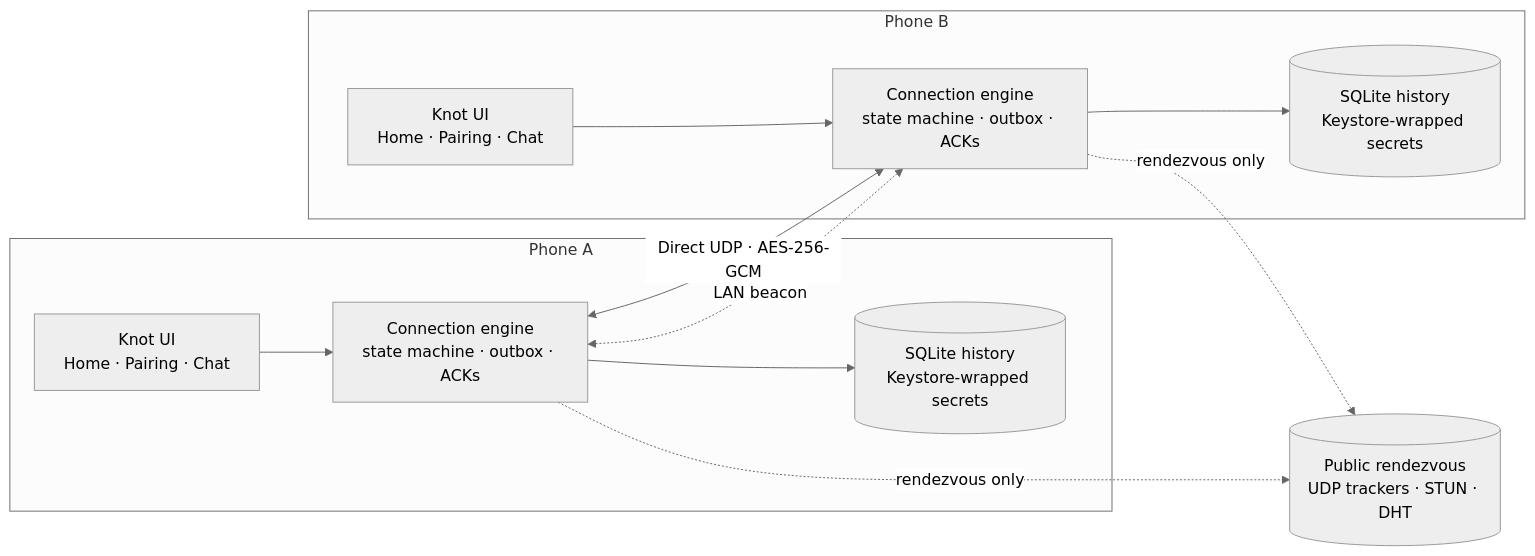
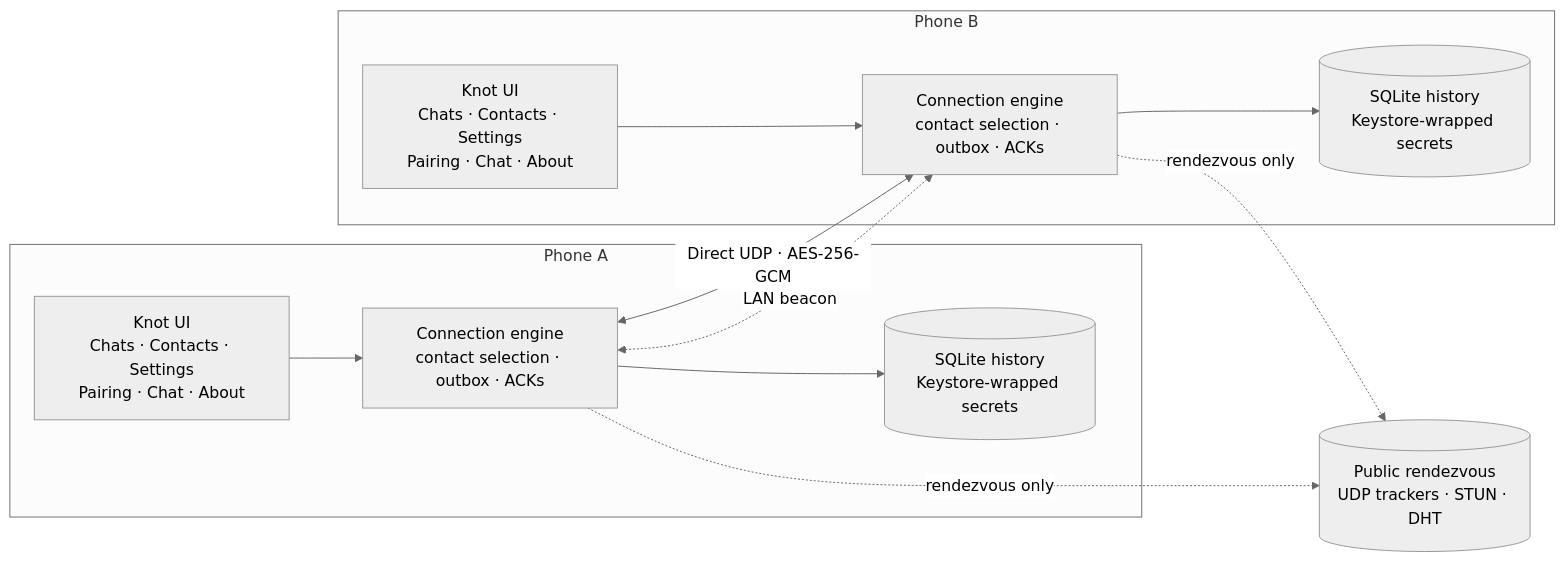
One commit to farokh-ra/KNOT changed the diagram in README.md. Above: the diagram before and after it, drawn with Mermaid (neutral theme). The commit also changed other lines of this file and 78 other files, not shown here.

First line of the commit message:
feat: add tabbed contacts, themes, and per-chat notifications

````diff
--- a/README.md
+++ b/README.md
@@ -171,23 +176,23 @@
 ```mermaid
 flowchart LR
     subgraph A["Phone A"]
-        AUI["Knot UI<br/>Home · Pairing · Chat"]
-        AENG["Connection engine<br/>state machine · outbox · ACKs"]
+        AUI["Knot UI<br/>Chats · Contacts · Settings<br/>Pairing · Chat · About"]
+        AENG["Connection engine<br/>contact selection · outbox · ACKs"]
         ASTORE[("SQLite history<br/>Keystore-wrapped secrets")]
         AUI --> AENG
         AENG --> ASTORE
     end
 
     subgraph B["Phone B"]
-        BUI["Knot UI<br/>Home · Pairing · Chat"]
-        BENG["Connection engine<br/>state machine · outbox · ACKs"]
+        BUI["Knot UI<br/>Chats · Contacts · Settings<br/>Pairing · Chat · About"]
+        BENG["Connection engine<br/>contact selection · outbox · ACKs"]
         BSTORE[("SQLite history<br/>Keystore-wrapped secrets")]
         BUI --> BENG
         BENG --> BSTORE
     end
 
     AENG <-->|"Direct UDP · AES-256-GCM"| BENG
     AENG -.->|"rendezvous only"| DHT[("Public rendezvous<br/>UDP trackers · STUN · DHT")]
     BENG -.->|"rendezvous only"| DHT
     AENG <-.->|"LAN beacon"| BENG
 ```
````
